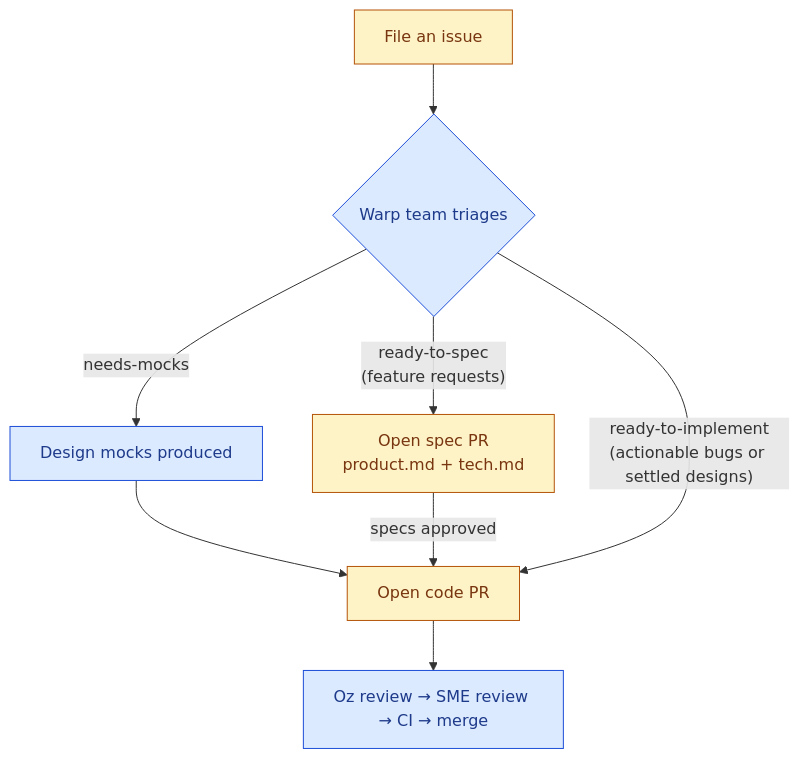
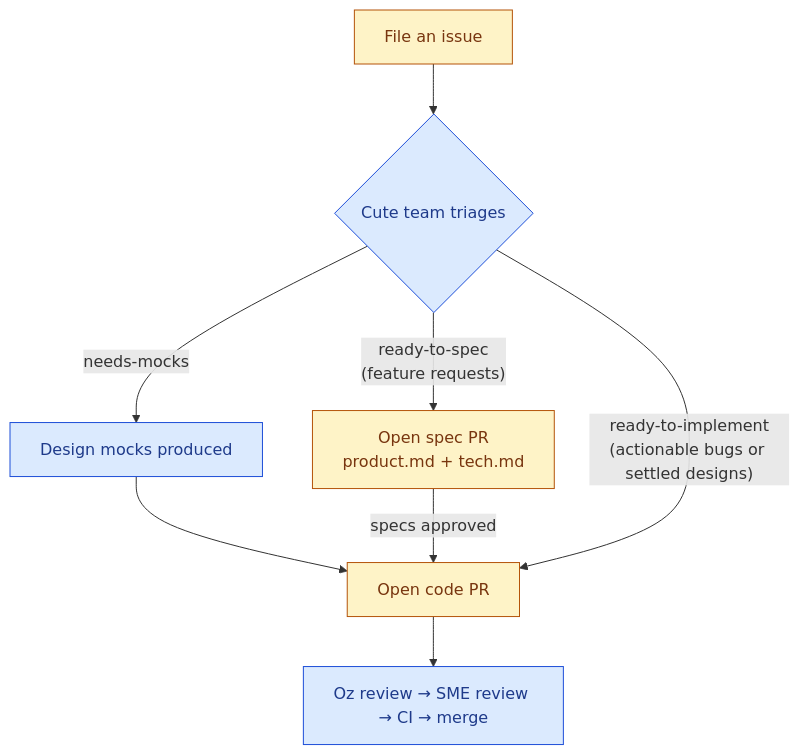
The diagram in CONTRIBUTING.md (linuxhex/cute), drawn with Mermaid before and after one commit. The commit also changed other lines of this file and 3573 other files, not shown here.

````diff
--- a/CONTRIBUTING.md
+++ b/CONTRIBUTING.md
@@ -41,15 +41,15 @@
 ```mermaid
 flowchart TD
-    A[File an issue] --> B{Warp team triages}
+    A[File an issue] --> B{Cute team triages}
     B -- ready-to-spec<br/>(feature requests) --> C[Open spec PR<br/>product.md + tech.md]
     B -- needs-mocks --> D[Design mocks produced]
     D --> E[Open code PR]
     C -- specs approved --> E
     B -- ready-to-implement<br/>(actionable bugs or settled designs) --> E
     E --> F[Oz review → SME review → CI → merge]
 
     classDef contributor fill:#fef3c7,stroke:#b45309,color:#78350f;
-    classDef warpTeam fill:#dbeafe,stroke:#1d4ed8,color:#1e3a8a;
+    classDef cuteTeam fill:#dbeafe,stroke:#1d4ed8,color:#1e3a8a;
     class A,C,E contributor;
-    class B,D,F warpTeam;
+    class B,D,F cuteTeam;
 ```
````
